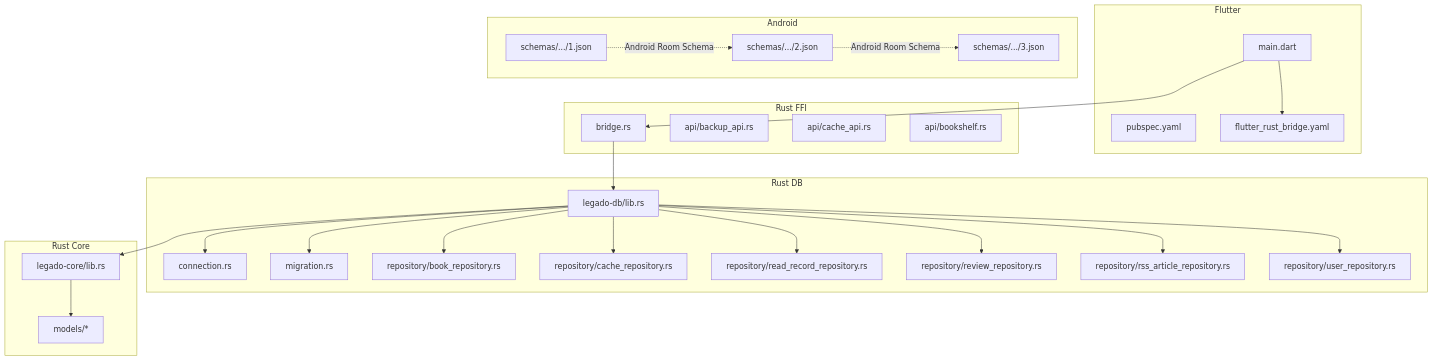
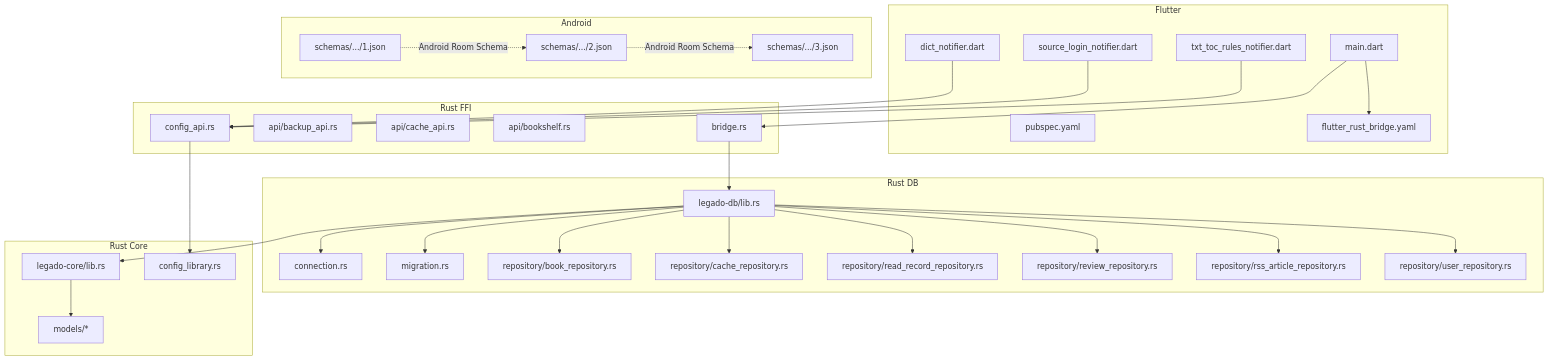
One commit to ZhangGHGitHub/LegadoTeamFlutter changed the first of 8 diagrams in .qoder/repowiki/zh/content/Flutter跨平台应用/数据持久化.md. Above: the diagram before and after it, drawn with Mermaid. The commit also changed other lines of this file and 173 other files, not shown here.

````diff
--- a/.qoder/repowiki/zh/content/Flutter跨平台应用/数据持久化.md
+++ b/.qoder/repowiki/zh/content/Flutter跨平台应用/数据持久化.md
@@ -64,49 +79,58 @@
 ```mermaid
 graph TB
 subgraph "Flutter"
 FL_main["main.dart"]
 FL_pubspec["pubspec.yaml"]
 FL_frb["flutter_rust_bridge.yaml"]
+FL_dict["dict_notifier.dart"]
+FL_login["source_login_notifier.dart"]
+FL_txt["txt_toc_rules_notifier.dart"]
 end
 subgraph "Rust FFI"
 FFI_bridge["bridge.rs"]
 FFI_backup["api/backup_api.rs"]
 FFI_cache["api/cache_api.rs"]
 FFI_bookshelf["api/bookshelf.rs"]
+FFI_config["config_api.rs"]
 end
 subgraph "Rust DB"
 DB_lib["legado-db/lib.rs"]
 DB_conn["connection.rs"]
 DB_mig["migration.rs"]
 DB_repo_book["repository/book_repository.rs"]
 DB_repo_cache["repository/cache_repository.rs"]
 DB_repo_readrec["repository/read_record_repository.rs"]
 DB_repo_review["repository/review_repository.rs"]
 DB_repo_rss["repository/rss_article_repository.rs"]
 DB_repo_user["repository/user_repository.rs"]
 end
 subgraph "Rust Core"
 CORE_lib["legado-core/lib.rs"]
 CORE_models["models/*"]
+CORE_config["config_library.rs"]
 end
 subgraph "Android"
 AND_schema1["schemas/.../1.json"]
 AND_schema2["schemas/.../2.json"]
 AND_schema3["schemas/.../3.json"]
 end
 FL_main --> FL_frb
 FL_main --> FFI_bridge
+FL_dict --> FFI_config
+FL_login --> FFI_config
+FL_txt --> FFI_config
 FFI_bridge --> DB_lib
+FFI_config --> CORE_config
 DB_lib --> DB_conn
 DB_lib --> DB_mig
 DB_lib --> DB_repo_book
 DB_lib --> DB_repo_cache
 DB_lib --> DB_repo_readrec
 DB_lib --> DB_repo_review
 DB_lib --> DB_repo_rss
 DB_lib --> DB_repo_user
 DB_lib --> CORE_lib
 CORE_lib --> CORE_models
 AND_schema1 -.->|Android Room Schema| AND_schema2
 AND_schema2 -.->|Android Room Schema| AND_schema3
 ```
````
